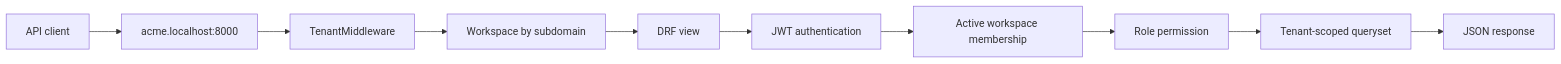
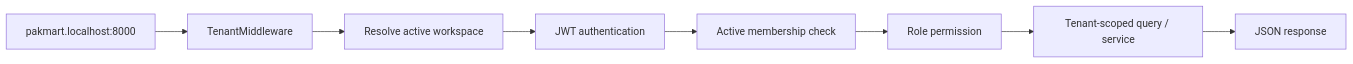
The second of 2 diagrams in README.md (bilalzulfiqar-pk/multi-tenant-warehouse-management-saas), drawn with Mermaid before and after one commit. The commit also changed other lines of this file and 3 other files, not shown here.

````diff
--- a/README.md
+++ b/README.md
@@ -54,12 +48,10 @@
 ```mermaid
 flowchart LR
-    Client["API client"] --> Host["acme.localhost:8000"]
-    Host --> Middleware["TenantMiddleware"]
-    Middleware --> Workspace["Workspace by subdomain"]
-    Workspace --> DRF["DRF view"]
-    DRF --> Auth["JWT authentication"]
-    Auth --> Membership["Active workspace membership"]
+    Host["pakmart.localhost:8000"] --> Middleware["TenantMiddleware"]
+    Middleware --> Workspace["Resolve active workspace"]
+    Workspace --> Auth["JWT authentication"]
+    Auth --> Membership["Active membership check"]
     Membership --> Role["Role permission"]
-    Role --> Queryset["Tenant-scoped queryset"]
+    Role --> Queryset["Tenant-scoped query / service"]
     Queryset --> Response["JSON response"]
 ```
````
